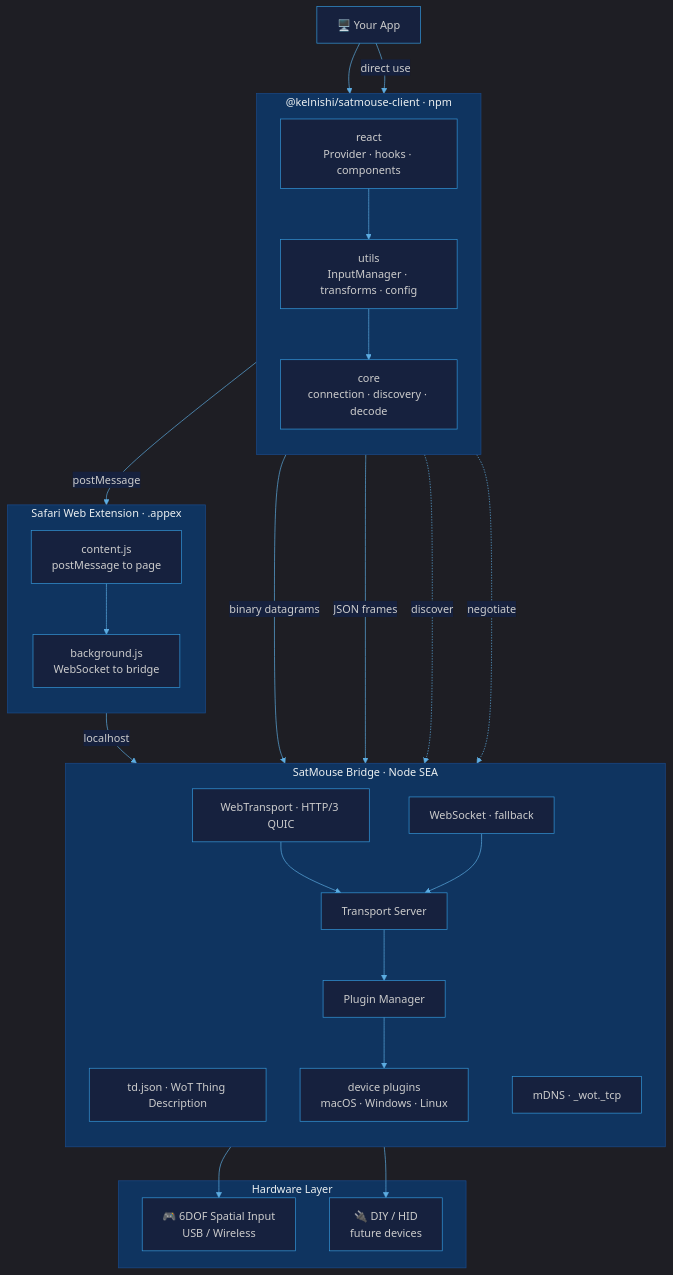
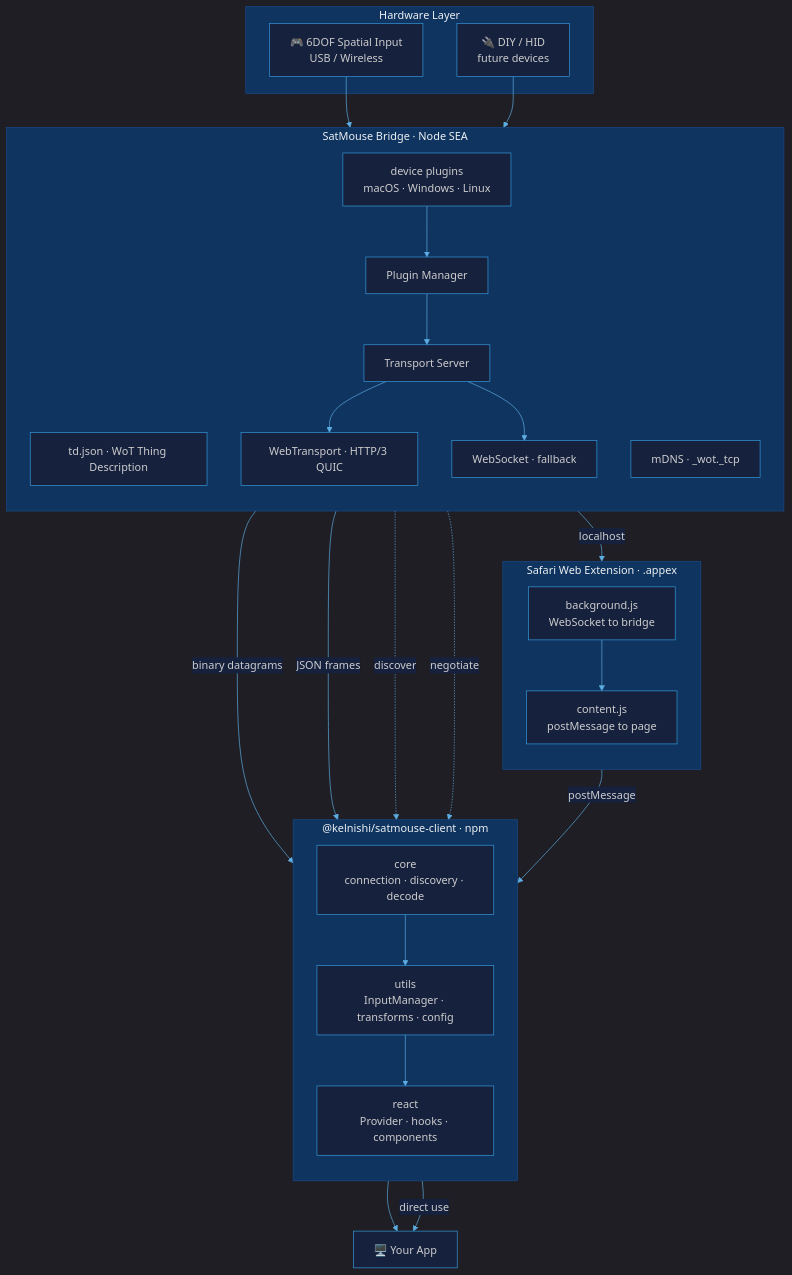
The diagram in docs/architecture.mmd (kelnishi/SatMouse), drawn with Mermaid before and after one commit. The commit also changed 1 other file, not shown here.

Commit message:
Fix architecture diagram: data flows from hardware toward app

```diff
--- a/docs/architecture.mmd
+++ b/docs/architecture.mmd
@@ -1,51 +1,51 @@
 %%{init: {'theme': 'dark', 'themeVariables': { 'primaryColor': '#2980b9', 'primaryTextColor': '#ecf0f1', 'primaryBorderColor': '#3498db', 'lineColor': '#5dade2', 'secondaryColor': '#16213e', 'tertiaryColor': '#0f3460', 'background': '#1a1a2e', 'mainBkg': '#16213e', 'nodeBorder': '#3498db', 'clusterBkg': '#0f3460', 'clusterBorder': '#1a4a8a', 'titleColor': '#ecf0f1', 'edgeLabelBackground': '#16213e' }}}%%
 
 graph TB
   APP[🖥️ Your App]
 
   subgraph client ["@kelnishi/satmouse-client · npm"]
     direction TB
     REACT["react<br/>Provider · hooks · components"]
     UTILS["utils<br/>InputManager · transforms · config"]
     CORE["core<br/>connection · discovery · decode"]
   end
 
   subgraph ext [Safari Web Extension · .appex]
     direction TB
     CS[content.js<br/>postMessage to page]
     BG[background.js<br/>WebSocket to bridge]
   end
 
   subgraph bridge [SatMouse Bridge · Node SEA]
     direction TB
     TD[td.json · WoT Thing Description]
     MD[mDNS · _wot._tcp]
     WT[WebTransport · HTTP/3 QUIC]
     WS[WebSocket · fallback]
     TS[Transport Server]
     PM[Plugin Manager]
     SP[device plugins<br/>macOS · Windows · Linux]
   end
 
   subgraph hw [Hardware Layer]
     SM[🎮 6DOF Spatial Input<br/>USB / Wireless]
     DIY[🔌 DIY / HID<br/>future devices]
   end
 
-  APP --> REACT
-  APP -->|direct use| UTILS
-  REACT --> UTILS
-  UTILS --> CORE
-  CORE -->|binary datagrams| WT
-  CORE -->|JSON frames| WS
-  CORE -->|postMessage| CS
-  CORE -.->|discover| MD
-  CORE -.->|negotiate| TD
-  CS --> BG
-  BG -->|localhost| WS
-  WT --> TS
-  WS --> TS
-  TS --> PM
-  PM --> SP
-  SP --> SM
-  SP --> DIY
+  REACT --> APP
+  UTILS -->|direct use| APP
+  UTILS --> REACT
+  CORE --> UTILS
+  WT -->|binary datagrams| CORE
+  WS -->|JSON frames| CORE
+  CS -->|postMessage| CORE
+  MD -.->|discover| CORE
+  TD -.->|negotiate| CORE
+  BG --> CS
+  WS -->|localhost| BG
+  TS --> WT
+  TS --> WS
+  PM --> TS
+  SP --> PM
+  SM --> SP
+  DIY --> SP
```
